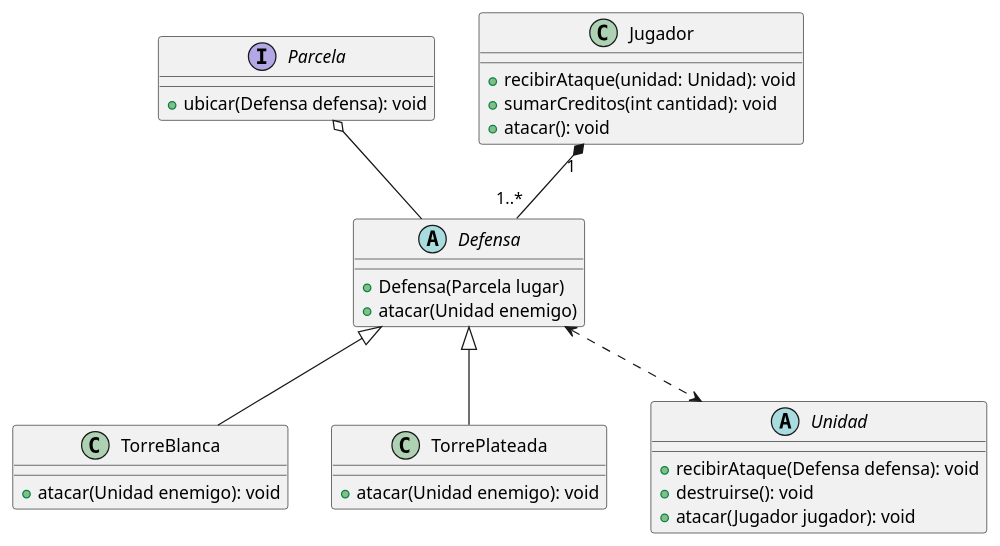
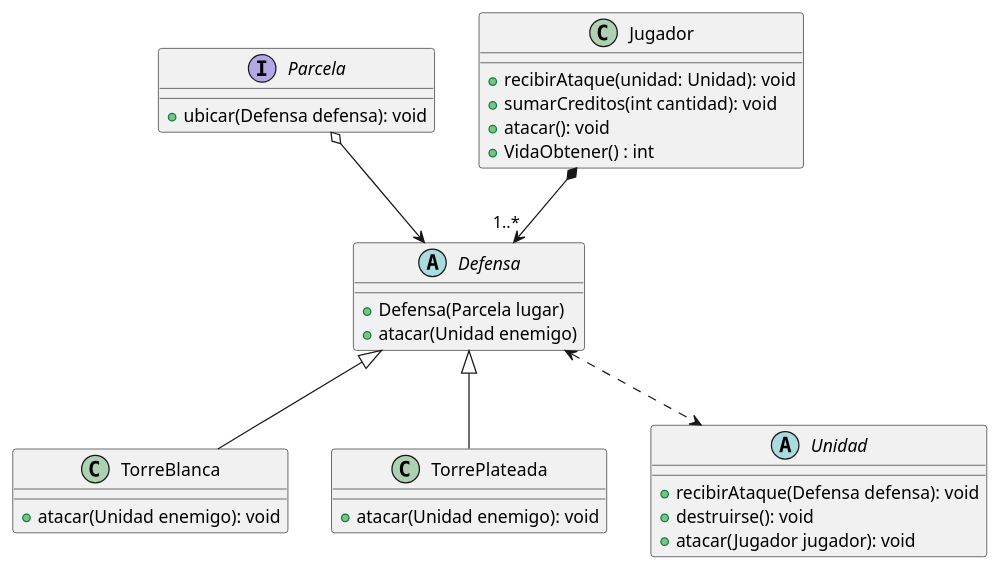
Before and after one commit to franzimbi/algo3_tp2: the diagram in diagrams/classes/defensa_class_diagram.puml, drawn with PlantUML. The commit also changed 4 other files, not shown here.

Commit message:
actualizacion UML

```diff
--- a/diagrams/classes/defensa_class_diagram.puml
+++ b/diagrams/classes/defensa_class_diagram.puml
@@ -1,40 +1,41 @@
 @startuml
 'https://plantuml.com/class-diagram
 
 abstract class Defensa {
     +Defensa(Parcela lugar)
     +atacar(Unidad enemigo)
 }
 
 class TorreBlanca{
     +atacar(Unidad enemigo): void
 }
 
 class TorrePlateada{
     +atacar(Unidad enemigo): void
 }
 
 interface Parcela {
     +ubicar(Defensa defensa): void
 }
 
 abstract class Unidad {
     +recibirAtaque(Defensa defensa): void
     +destruirse(): void
     +atacar(Jugador jugador): void
 }
 
 class Jugador {
     +recibirAtaque(unidad: Unidad): void
     +sumarCreditos(int cantidad): void
     +atacar(): void
+    +VidaObtener() : int
 }
 
 Defensa <|-- TorreBlanca
 Defensa <|-- TorrePlateada
 Defensa <..> Unidad
-Parcela o-- Defensa
-Jugador "1" *-- "1..*" Defensa
+Parcela o--> Defensa
+Jugador  *--> "1..*" Defensa
 
 
 @enduml
```
